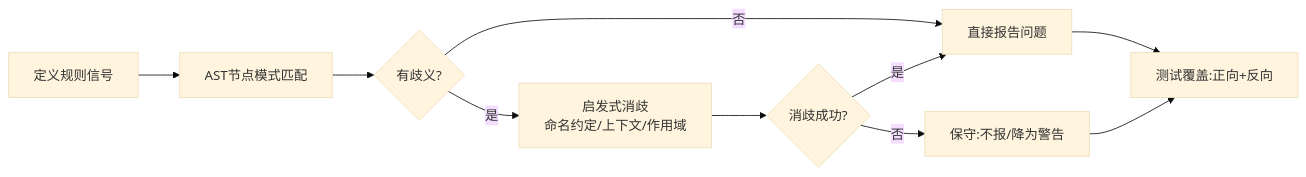
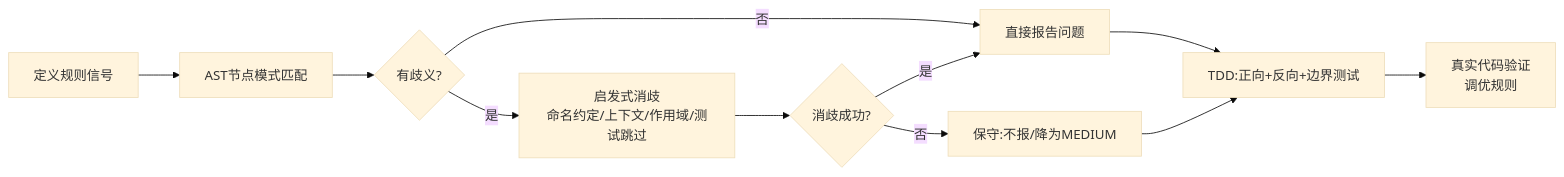
The third of 3 diagrams in docs/retrospective/reports/task-reports/retrospective-concurrent-safety-checker-20260708/README.md (xinetzone/SpecWeave), drawn with Mermaid (base theme) before and after one commit. The commit also changed other lines of this file, not shown here.

````diff
--- a/docs/retrospective/reports/task-reports/retrospective-concurrent-safety-checker-20260708/README.md
+++ b/docs/retrospective/reports/task-reports/retrospective-concurrent-safety-checker-20260708/README.md
@@ -195,12 +238,13 @@
 ```mermaid
 flowchart LR
     A[定义规则信号] --> B[AST节点模式匹配]
     B --> C{有歧义?}
-    C -->|是| D[启发式消歧\n命名约定/上下文/作用域]
+    C -->|是| D[启发式消歧\n命名约定/上下文/作用域/测试跳过]
     C -->|否| E[直接报告问题]
     D --> F{消歧成功?}
     F -->|是| E
-    F -->|否| G[保守:不报/降为警告]
-    E --> H[测试覆盖:正向+反向]
+    F -->|否| G[保守:不报/降为MEDIUM]
+    E --> H[TDD:正向+反向+边界测试]
     G --> H
+    H --> I[真实代码验证\n调优规则]
 ```
````
